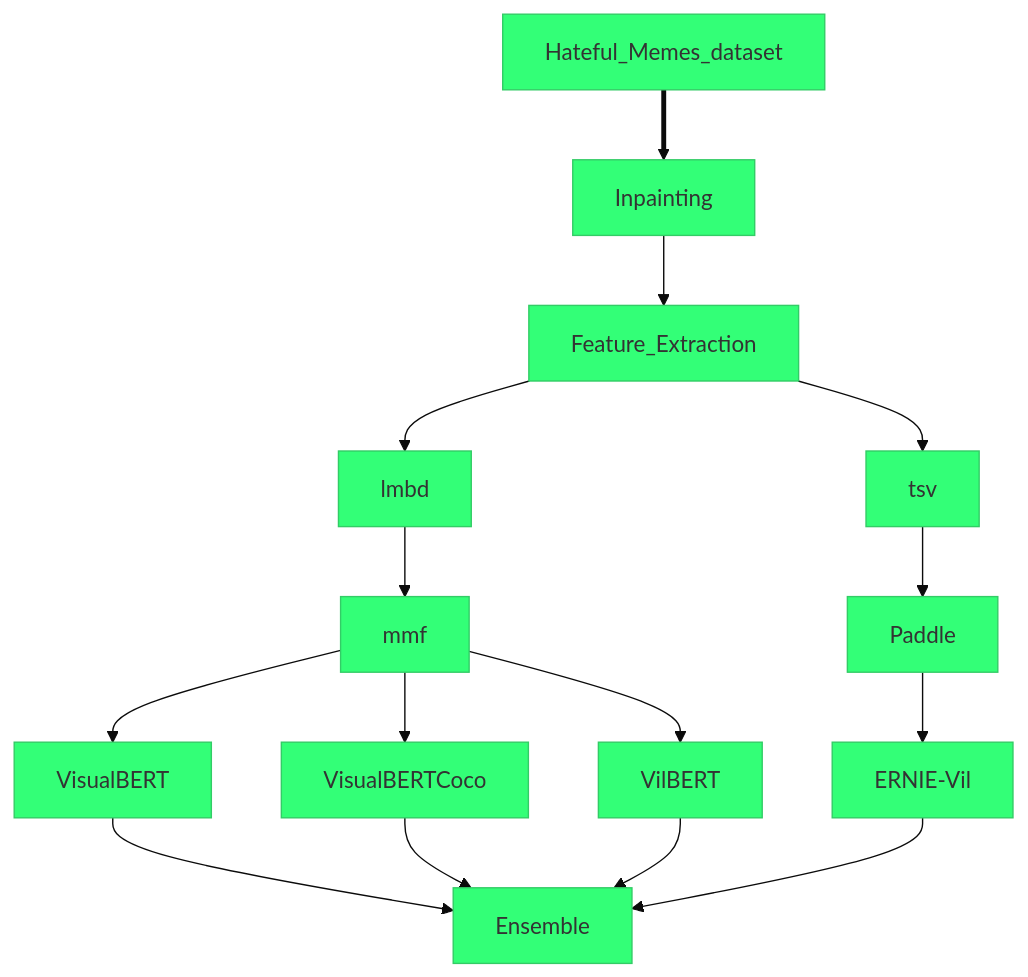
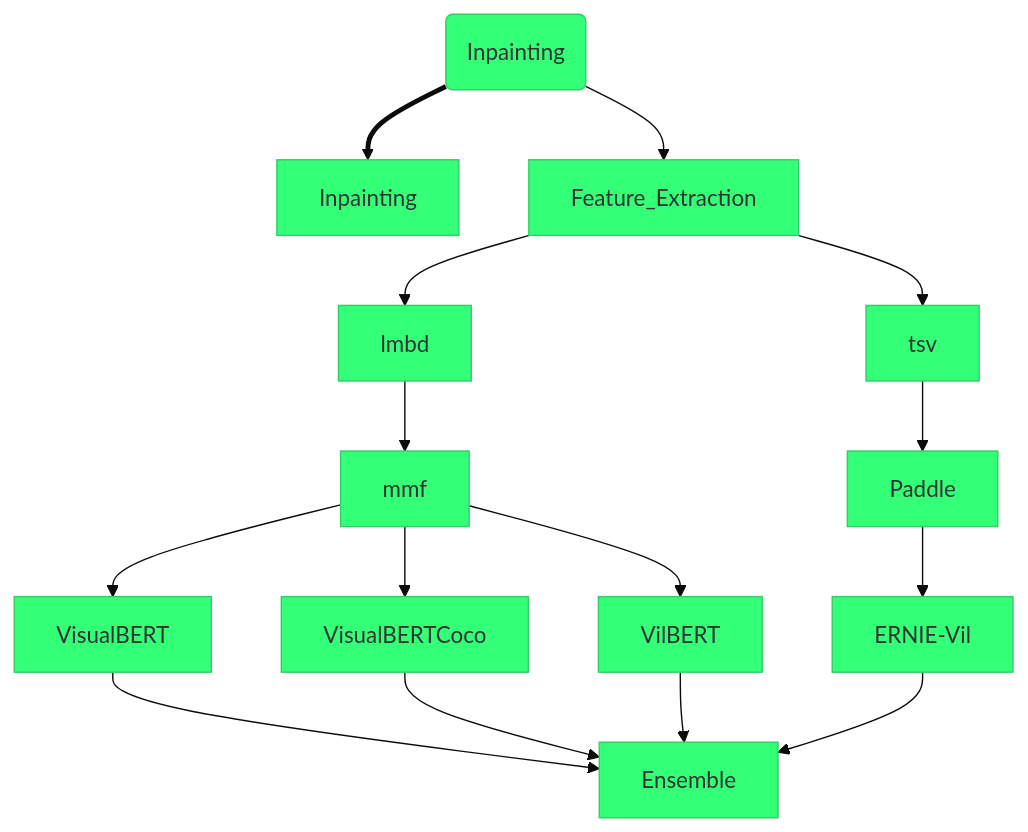
Before and after one commit to JanLeyva/approach_TFM: the diagram in README.md, drawn with Mermaid.

````diff
--- a/README.md
+++ b/README.md
@@ -8,20 +8,20 @@
 ```mermaid
 %%{init: {'theme': 'base', 'themeVariables': { 'primaryColor': '#33FF77', 
 'edgeLabelBackground':'#030600', 'secondaryColor': '#050600','tertiaryColor': '#33CAFF',
 'defaultLinkColor': '#000605'}}}%%
   graph TD;
-      Hateful_Memes_dataset==>Inpainting;
-      Inpainting-->Feature_Extraction
+      B(Hateful_Memes_dataset)==>Inpainting;
+      B(Inpainting)-->Feature_Extraction
       Feature_Extraction-->lmbd;
       Feature_Extraction-->tsv;
       tsv-->Paddle;
       Paddle-->ERNIE-Vil;
       lmbd-->mmf;
       mmf-->VisualBERT;
 	  mmf-->VisualBERTCoco;
       mmf-->VilBERT;
       VisualBERT-->Ensemble;
       VisualBERTCoco-->Ensemble;
       VilBERT-->Ensemble;
       ERNIE-Vil-->Ensemble;
 ```
````
